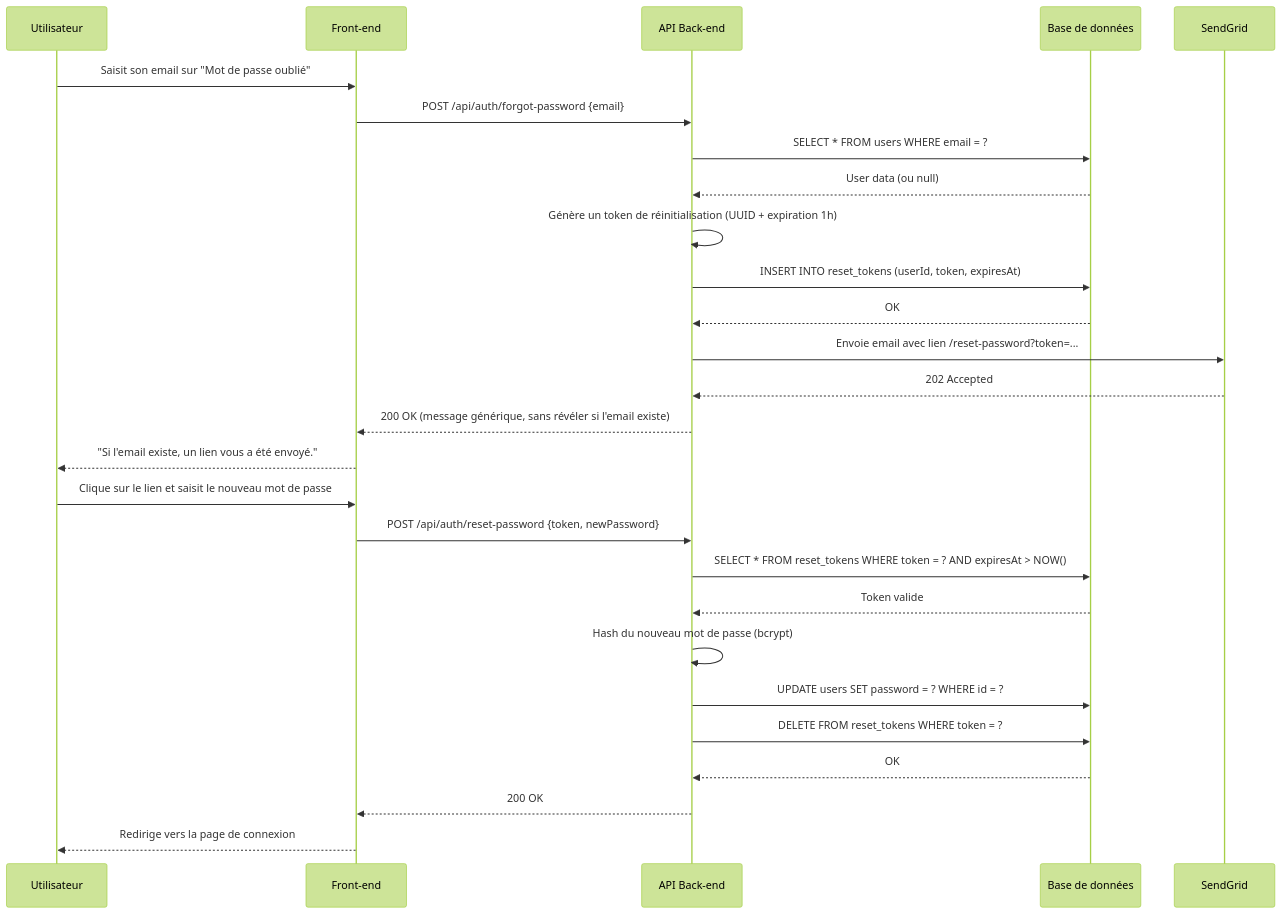
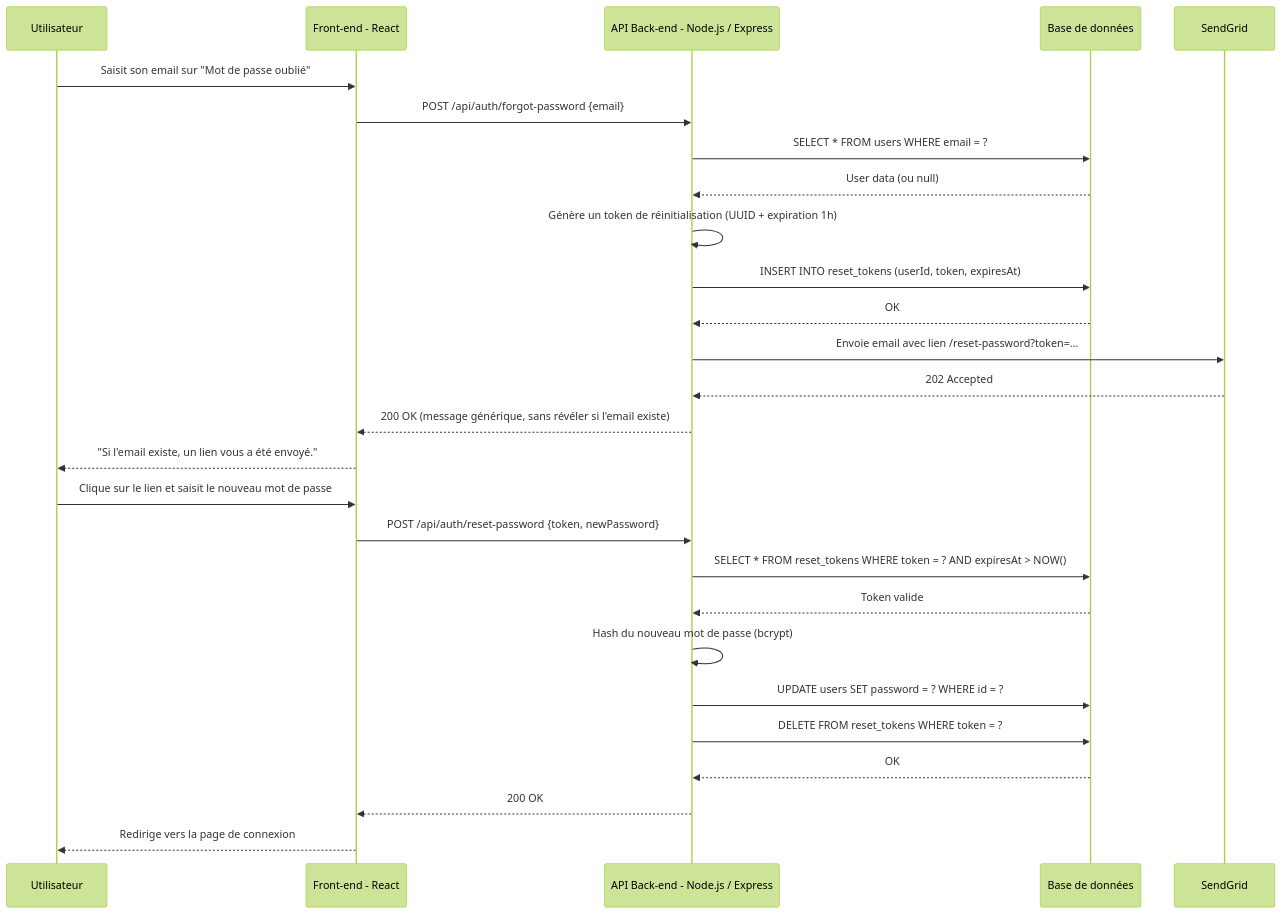
Before and after one commit to rdesfonds-campus/exercices_architecture: the fifth of 5 diagrams in jour 2/exercices_C2.md, drawn with Mermaid (forest theme). The commit also changed other lines of this file and 1 other file, not shown here.

````diff
--- a/jour 2/exercices_C2.md
+++ b/jour 2/exercices_C2.md
@@ -130,30 +130,30 @@
 ```mermaid
 sequenceDiagram
     participant U as Utilisateur
-    participant FE as Front-end
-    participant API as API Back-end
+    participant FE as Front-end - React
+    participant API as API Back-end - Node.js / Express
     participant DB as Base de données
     participant MAIL as SendGrid
 
     U->>FE: Saisit son email sur "Mot de passe oublié"
     FE->>API: POST /api/auth/forgot-password {email}
     API->>DB: SELECT * FROM users WHERE email = ?
     DB-->>API: User data (ou null)
     API->>API: Génère un token de réinitialisation (UUID + expiration 1h)
     API->>DB: INSERT INTO reset_tokens (userId, token, expiresAt)
     DB-->>API: OK
     API->>MAIL: Envoie email avec lien /reset-password?token=...
     MAIL-->>API: 202 Accepted
     API-->>FE: 200 OK (message générique, sans révéler si l'email existe)
     FE-->>U: "Si l'email existe, un lien vous a été envoyé."
     U->>FE: Clique sur le lien et saisit le nouveau mot de passe
     FE->>API: POST /api/auth/reset-password {token, newPassword}
     API->>DB: SELECT * FROM reset_tokens WHERE token = ? AND expiresAt > NOW()
     DB-->>API: Token valide
     API->>API: Hash du nouveau mot de passe (bcrypt)
     API->>DB: UPDATE users SET password = ? WHERE id = ?
     API->>DB: DELETE FROM reset_tokens WHERE token = ?
     DB-->>API: OK
     API-->>FE: 200 OK
     FE-->>U: Redirige vers la page de connexion
 ```
````
